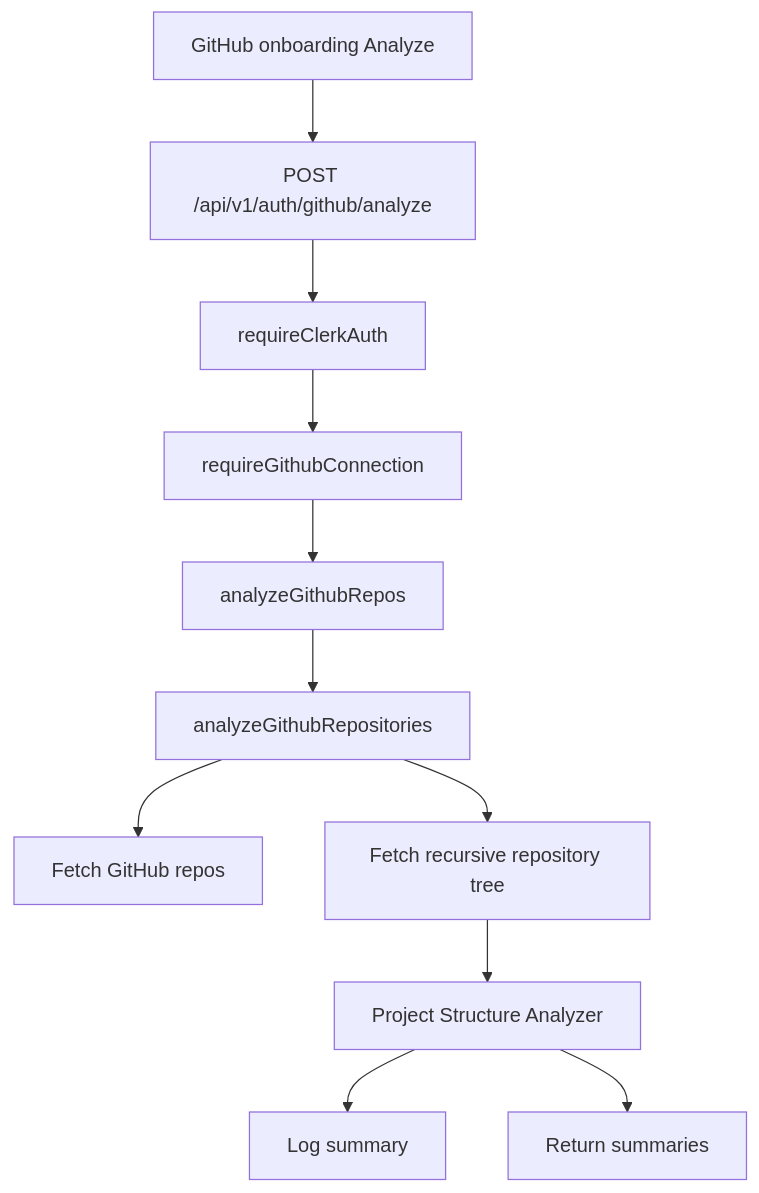
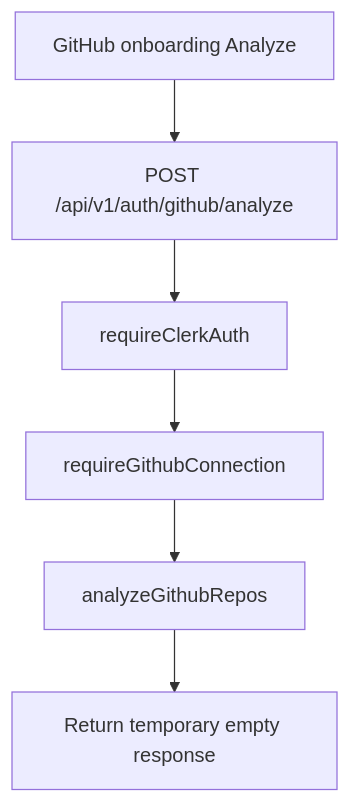
One commit to myusubov/tailorcv changed the diagram in docs/architecture/github-analysis/pipeline/README.md. Above: the diagram before and after it, drawn with Mermaid. The commit also changed other lines of this file and 27 other files, not shown here.

First line of the commit message:
feat(github): migrate to GitHub App installations

````diff
--- a/docs/architecture/github-analysis/pipeline/README.md
+++ b/docs/architecture/github-analysis/pipeline/README.md
@@ -52,13 +54,8 @@
 ```mermaid
 flowchart TD
   FE[GitHub onboarding Analyze] --> Route[POST /api/v1/auth/github/analyze]
   Route --> Clerk[requireClerkAuth]
   Clerk --> GitHubAuth[requireGithubConnection]
   GitHubAuth --> Controller[analyzeGithubRepos]
-  Controller --> Service[analyzeGithubRepositories]
-  Service --> Repos[Fetch GitHub repos]
-  Service --> Tree[Fetch recursive repository tree]
-  Tree --> Analyzer[Project Structure Analyzer]
-  Analyzer --> Log[Log summary]
-  Analyzer --> Response[Return summaries]
+  Controller --> Response[Return temporary empty response]
 ```
````
